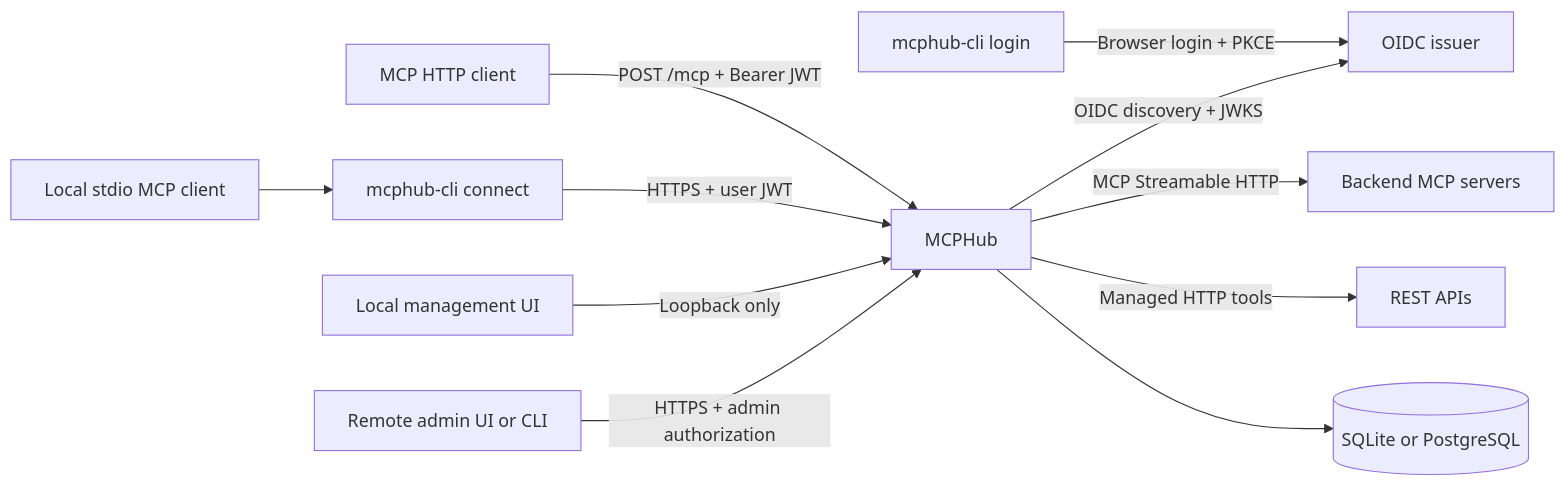
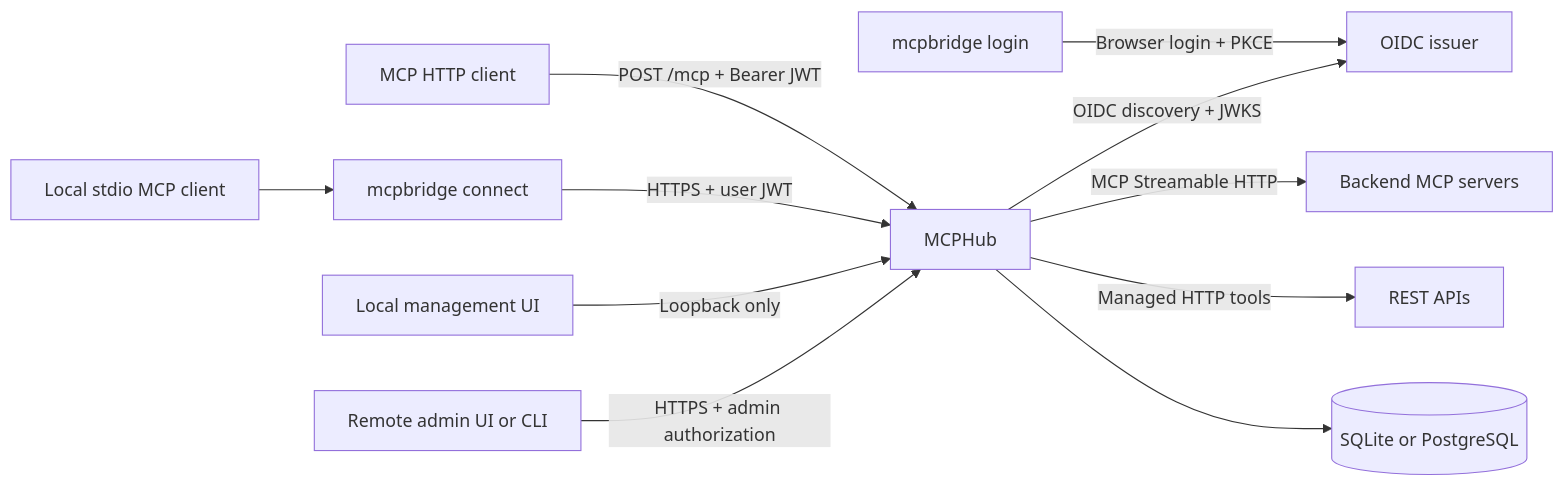
Before and after one commit to SamuelSupe/mcphub: the diagram in README.md, drawn with Mermaid. The commit also changed other lines of this file and 80 other files, not shown here.

Commit message:
release: rename client connector to mcpbridge for v2.2.2

````diff
--- a/README.md
+++ b/README.md
@@ -87,13 +94,13 @@
 ```mermaid
 flowchart LR
     C[MCP HTTP client] -->|POST /mcp + Bearer JWT| H[MCPHub]
-    S[Local stdio MCP client] --> CLI[mcphub-cli connect]
+    S[Local stdio MCP client] --> CLI[mcpbridge connect]
     CLI -->|HTTPS + user JWT| H
-    L[mcphub-cli login] -->|Browser login + PKCE| I[OIDC issuer]
+    L[mcpbridge login] -->|Browser login + PKCE| I[OIDC issuer]
     H -->|OIDC discovery + JWKS| I
     H -->|MCP Streamable HTTP| B[Backend MCP servers]
     H -->|Managed HTTP tools| A[REST APIs]
     U[Local management UI] -->|Loopback only| H
     R[Remote admin UI or CLI] -->|HTTPS + admin authorization| H
     H --> D[(SQLite or PostgreSQL)]
 ```
````
